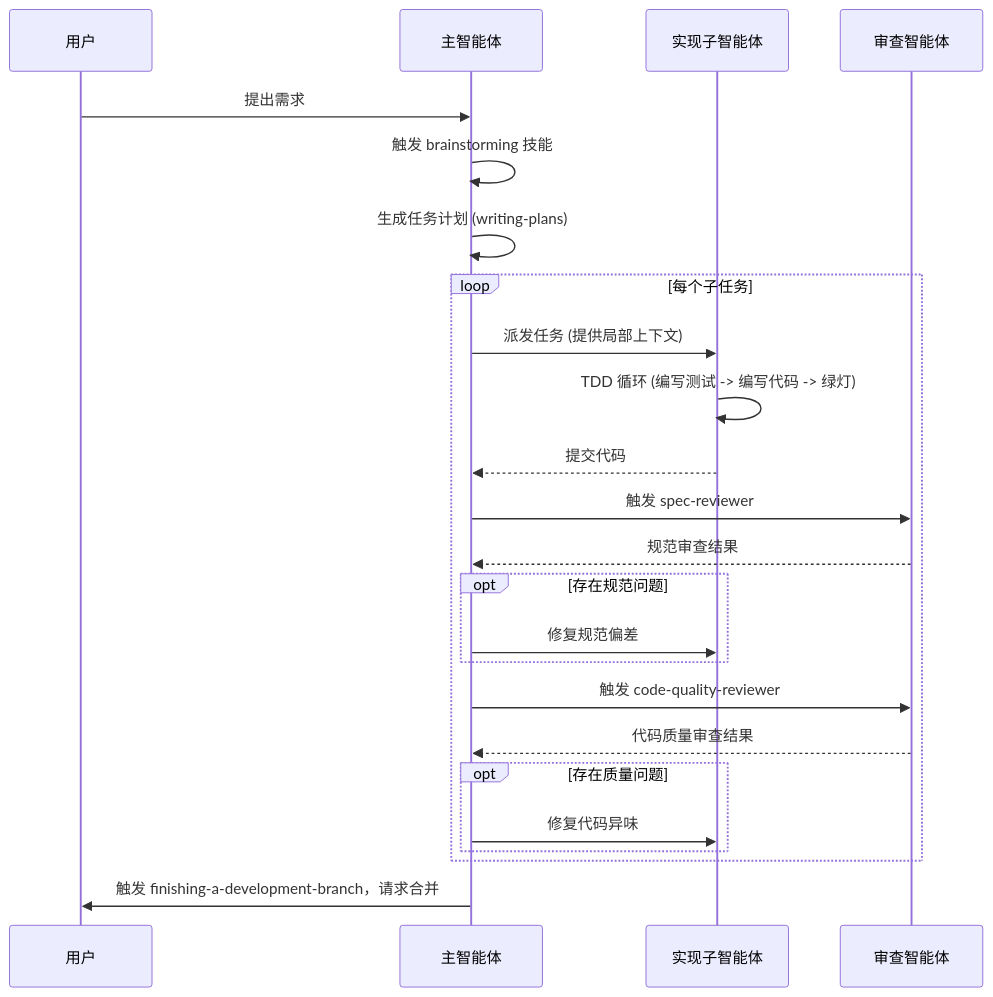
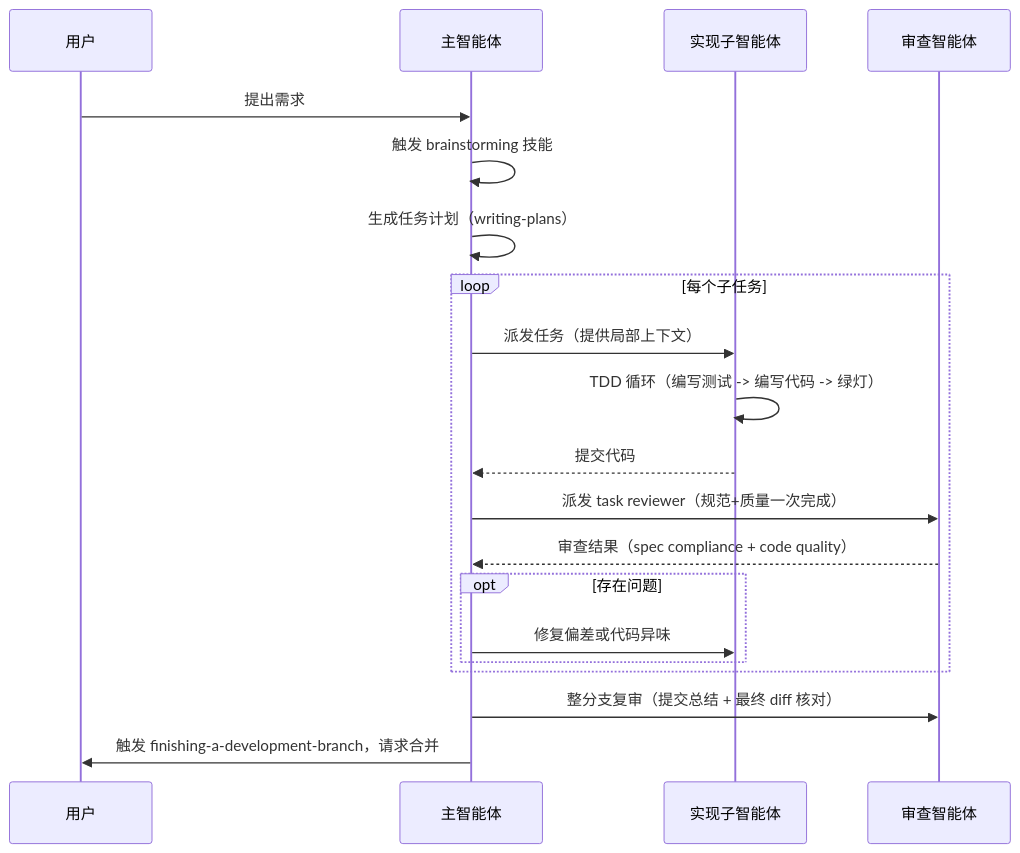
The second of 2 diagrams in docs/superpowers-deep-dive.md (ForceInjection/awesome-skills), drawn with Mermaid before and after one commit. The commit also changed other lines of this file and 5 other files, not shown here.

````diff
--- a/docs/superpowers-deep-dive.md
+++ b/docs/superpowers-deep-dive.md
@@ -164,33 +163,27 @@
 ```mermaid
 sequenceDiagram
     participant User as 用户
     participant Orchestrator as 主智能体
     participant Subagent as 实现子智能体
     participant Reviewer as 审查智能体
 
     User->>Orchestrator: 提出需求
     Orchestrator->>Orchestrator: 触发 brainstorming 技能
-    Orchestrator->>Orchestrator: 生成任务计划 (writing-plans)
+    Orchestrator->>Orchestrator: 生成任务计划（writing-plans）
 
     loop 每个子任务
-        Orchestrator->>Subagent: 派发任务 (提供局部上下文)
-        Subagent->>Subagent: TDD 循环 (编写测试 -> 编写代码 -> 绿灯)
+        Orchestrator->>Subagent: 派发任务（提供局部上下文）
+        Subagent->>Subagent: TDD 循环（编写测试 -> 编写代码 -> 绿灯）
         Subagent-->>Orchestrator: 提交代码
 
-        Orchestrator->>Reviewer: 触发 spec-reviewer
-        Reviewer-->>Orchestrator: 规范审查结果
+        Orchestrator->>Reviewer: 派发 task reviewer（规范+质量一次完成）
+        Reviewer-->>Orchestrator: 审查结果（spec compliance + code quality）
 
-        opt 存在规范问题
-            Orchestrator->>Subagent: 修复规范偏差
-        end
-
-        Orchestrator->>Reviewer: 触发 code-quality-reviewer
-        Reviewer-->>Orchestrator: 代码质量审查结果
-
-        opt 存在质量问题
-            Orchestrator->>Subagent: 修复代码异味
+        opt 存在问题
+            Orchestrator->>Subagent: 修复偏差或代码异味
         end
     end
 
+    Orchestrator->>Reviewer: 整分支复审（提交总结 + 最终 diff 核对）
     Orchestrator->>User: 触发 finishing-a-development-branch，请求合并
 ```
````
